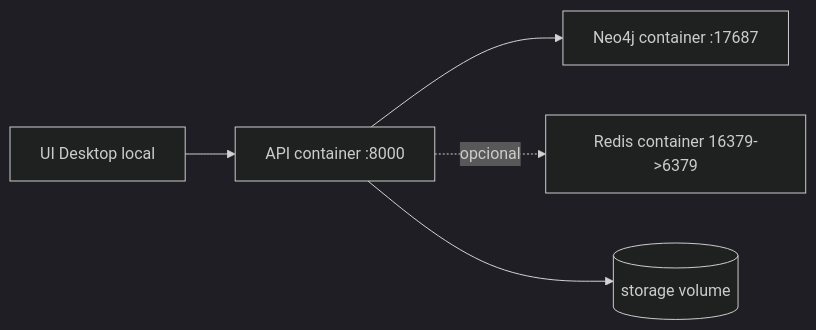
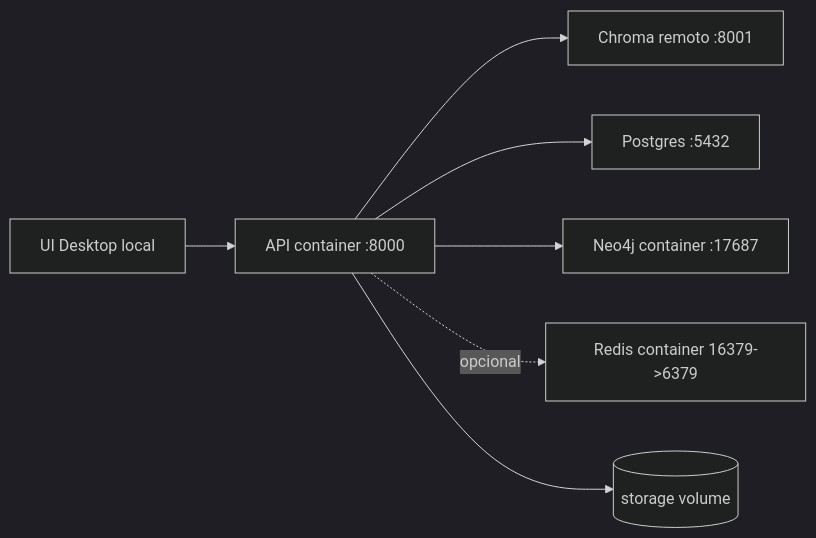
One commit to gherrerz/KDB-RAG-Repo changed the first of 10 diagrams in docs/ARCHITECTURE.md. Above: the diagram before and after it, drawn with Mermaid (dark theme). The commit also changed other lines of this file and 11 other files, not shown here.

Commit message:
docs: align runtime architecture references

````diff
--- a/docs/ARCHITECTURE.md
+++ b/docs/ARCHITECTURE.md
@@ -46,7 +50,9 @@
 ```mermaid
 flowchart LR
     UI[UI Desktop local] --> API[API container :8000]
+    API --> CHR[Chroma remoto :8001]
+    API --> PG[Postgres :5432]
     API --> NEO[Neo4j container :17687]
     API -. opcional .-> REDIS[Redis container 16379->6379]
     API --> ST[(storage volume)]
 ```
````
